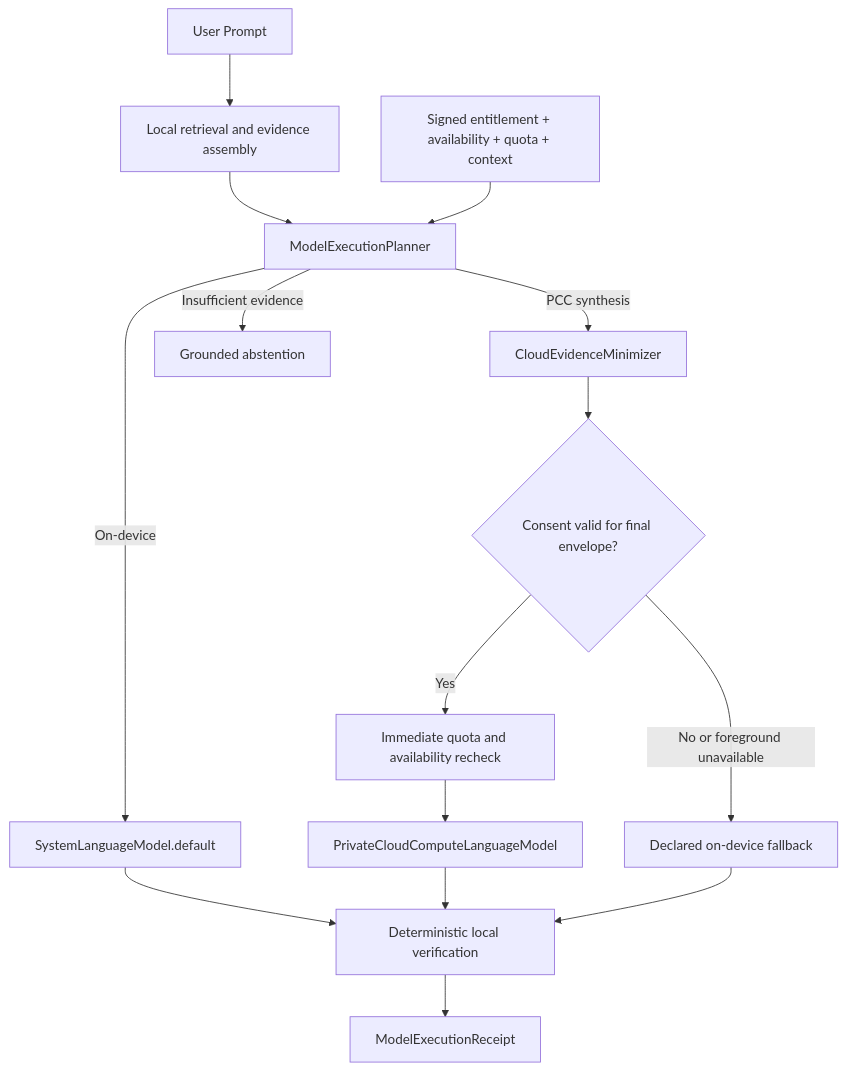
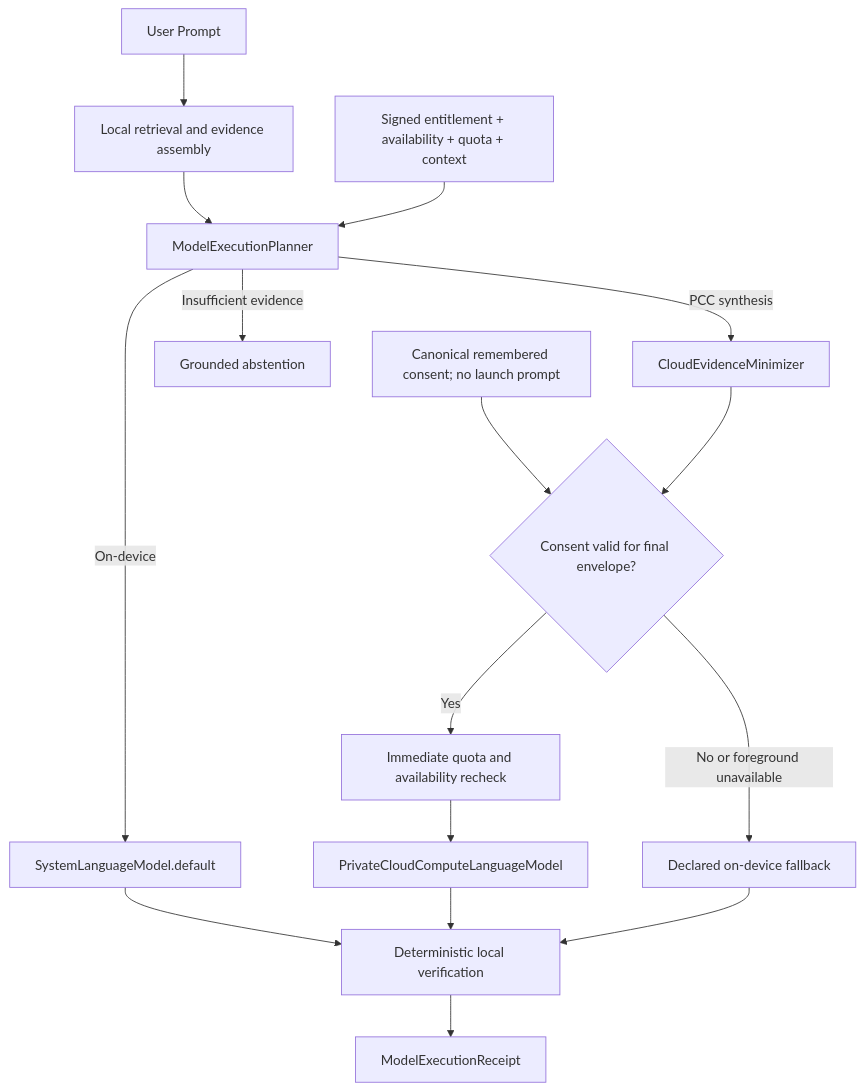
Before and after one commit to Gunnarguy/OpenIntelligence: the sixth of 7 diagrams in Docs/OPENINTELLIGENCE_ARCHITECTURE_ATLAS.md, drawn with Mermaid. The commit also changed other lines of this file and 18 other files, not shown here.

````diff
--- a/Docs/OPENINTELLIGENCE_ARCHITECTURE_ATLAS.md
+++ b/Docs/OPENINTELLIGENCE_ARCHITECTURE_ATLAS.md
@@ -192,17 +194,18 @@
 ```mermaid
 graph TD
   Request[User Prompt] --> LocalRetrieve[Local retrieval and evidence assembly]
   LocalRetrieve --> Planner[ModelExecutionPlanner]
   Capability[Signed entitlement + availability + quota + context] --> Planner
   Planner -->|On-device| Local[SystemLanguageModel.default]
   Planner -->|Insufficient evidence| Abstain[Grounded abstention]
   Planner -->|PCC synthesis| Minimize[CloudEvidenceMinimizer]
   Minimize --> Consent{Consent valid for final envelope?}
+  Remembered[Canonical remembered consent; no launch prompt] --> Consent
   Consent -->|Yes| Recheck[Immediate quota and availability recheck]
   Recheck --> PCC[PrivateCloudComputeLanguageModel]
   Consent -->|No or foreground unavailable| LocalFallback[Declared on-device fallback]
   PCC --> Verify[Deterministic local verification]
   Local --> Verify
   LocalFallback --> Verify
   Verify --> Receipt[ModelExecutionReceipt]
 ```
````
